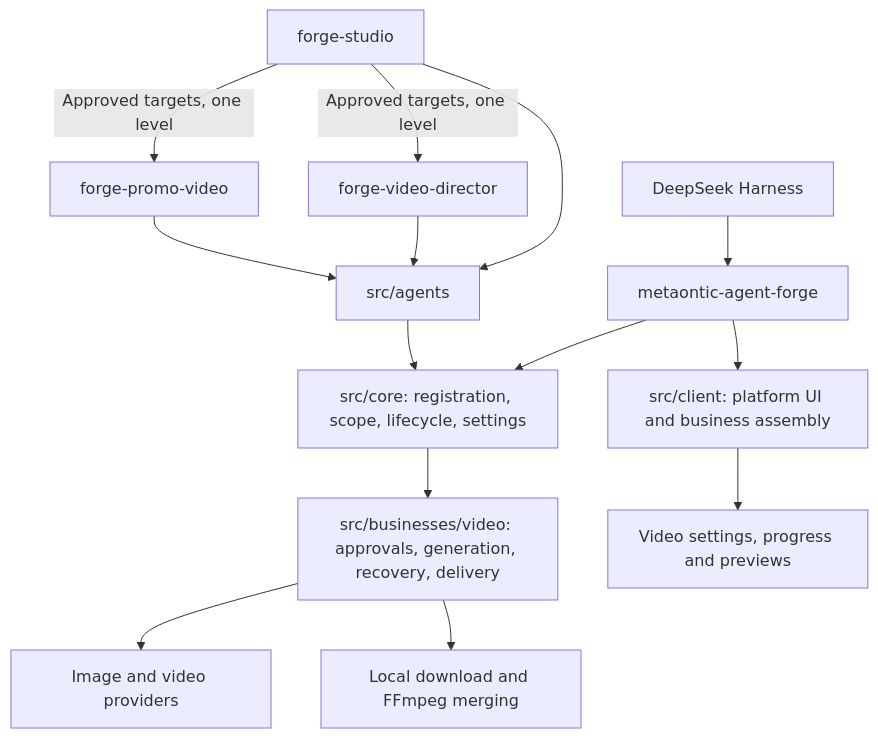
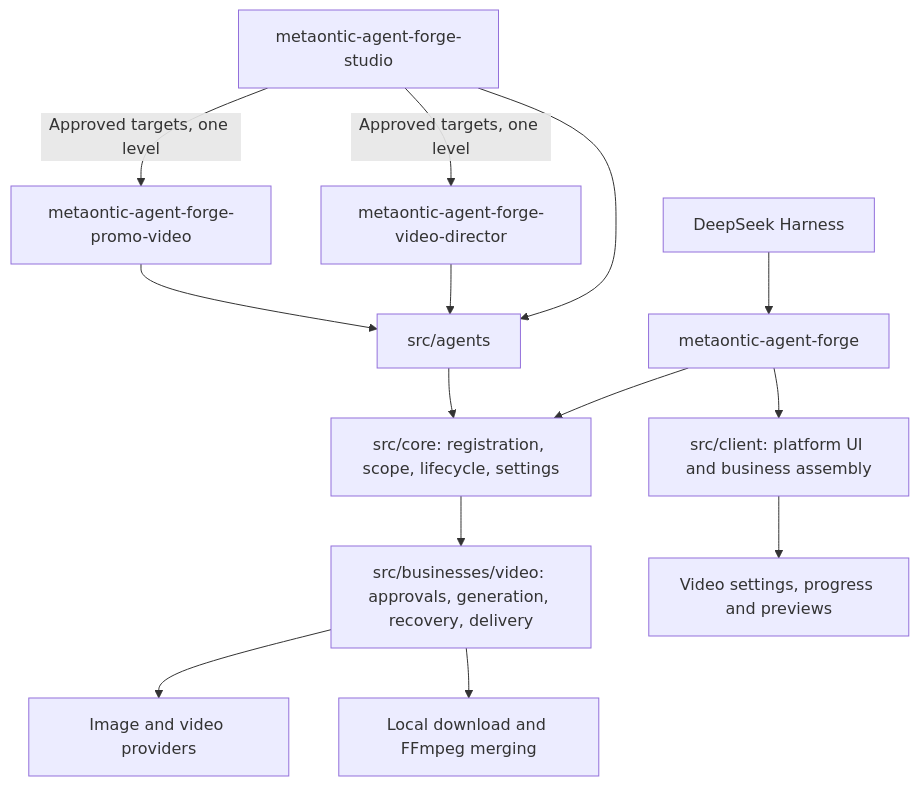
One commit to wxsimon2022/metaontic-agent-forge changed the diagram in README.en.md. Above: the diagram before and after it, drawn with Mermaid. The commit also changed other lines of this file and 136 other files, not shown here.

````diff
--- a/README.en.md
+++ b/README.en.md
@@ -40,16 +40,16 @@
 ```mermaid
 flowchart TB
     Harness[DeepSeek Harness] --> Entry[metaontic-agent-forge]
     Entry --> Core["src/core: registration, scope, lifecycle, settings"]
     Entry --> UI["src/client: platform UI and business assembly"]
-    Studio[forge-studio] -->|Approved targets, one level| VideoAgent[forge-video-director]
-    Studio -->|Approved targets, one level| PromoAgent[forge-promo-video]
+    Studio[metaontic-agent-forge-studio] -->|Approved targets, one level| VideoAgent[metaontic-agent-forge-video-director]
+    Studio -->|Approved targets, one level| PromoAgent[metaontic-agent-forge-promo-video]
     Studio --> Agents[src/agents]
     VideoAgent --> Agents
     PromoAgent --> Agents
     Agents --> Core
     Core --> Video["src/businesses/video: approvals, generation, recovery, delivery"]
     Video --> Providers[Image and video providers]
     Video --> Media[Local download and FFmpeg merging]
     UI --> VideoUI[Video settings, progress and previews]
 ```
````
